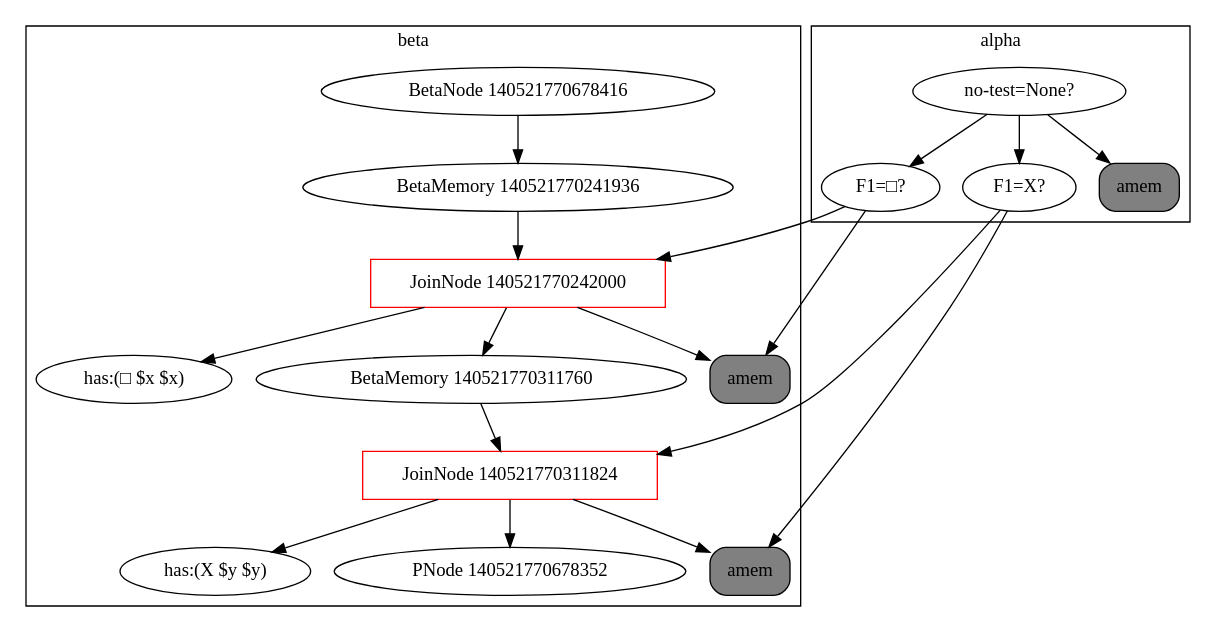
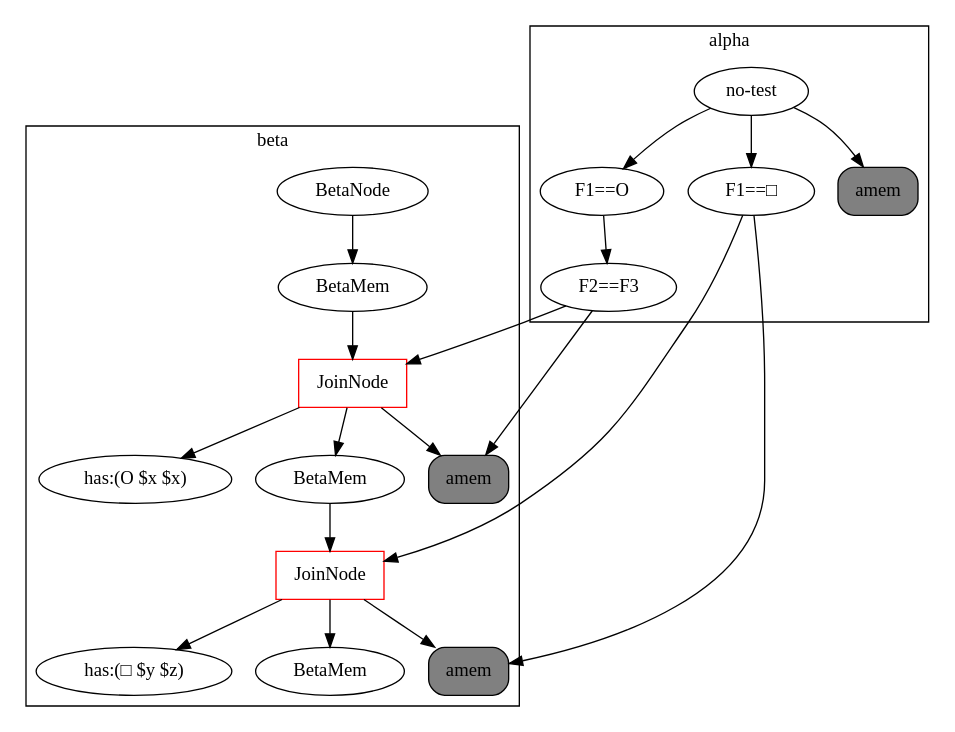
Before and after one commit to Cybernetic1/python: the diagram in genifer6/rete.dot, drawn with Graphviz. The commit also changed 14 other files, not shown here.

```diff
--- a/genifer6/rete.dot
+++ b/genifer6/rete.dot
@@ -1,29 +1,36 @@
 digraph {
-    subgraph cluster_1 {
-    label = beta
-    "BetaNode 140521770678416" -> "BetaMemory 140521770241936";
-    "BetaMemory 140521770241936" -> "JoinNode 140521770242000";
-    "JoinNode 140521770242000" -> "amem:<rete.alpha.AlphaMemory instance at 0x7fcdc632f290>"
-    "JoinNode 140521770242000" [shape=box, color=red];
-    "JoinNode 140521770242000" -> "has:(□ $x $x)"
-    "JoinNode 140521770242000" -> "BetaMemory 140521770311760";
-    "BetaMemory 140521770311760" -> "JoinNode 140521770311824";
-    "JoinNode 140521770311824" -> "amem:<rete.alpha.AlphaMemory instance at 0x7fcdc632f320>"
-    "JoinNode 140521770311824" [shape=box, color=red];
-    "JoinNode 140521770311824" -> "has:(X $y $y)"
-    "JoinNode 140521770311824" -> "PNode 140521770678352";
-    }
-    subgraph cluster_0 {
-    label = alpha
-    "no-test=None?" -> "F1=□?";
-    "F1=□?" -> "amem:<rete.alpha.AlphaMemory instance at 0x7fcdc632f290>";
-    "amem:<rete.alpha.AlphaMemory instance at 0x7fcdc632f290>" [shape=box, style="rounded,filled", label="amem", fillcolor=gray];
-    "no-test=None?" -> "F1=X?";
-    "F1=X?" -> "amem:<rete.alpha.AlphaMemory instance at 0x7fcdc632f320>";
-    "amem:<rete.alpha.AlphaMemory instance at 0x7fcdc632f320>" [shape=box, style="rounded,filled", label="amem", fillcolor=gray];
-    "no-test=None?" -> "amem:<rete.alpha.AlphaMemory instance at 0x7fcdc632f0e0>";
-    "amem:<rete.alpha.AlphaMemory instance at 0x7fcdc632f0e0>" [shape=box, style="rounded,filled", label="amem", fillcolor=gray];
-    }
-    "F1=□?" -> "JoinNode 140521770242000";
-    "F1=X?" -> "JoinNode 140521770311824";
+	subgraph cluster_1 {
+	label = beta
+	"BetaNode 140164080520104" [label="BetaNode"];
+	"BetaMemory 140164080634008" [label="BetaMem"];
+	"BetaNode 140164080520104" -> "BetaMemory 140164080634008";
+	"JoinNode 140164080634288" [label="BetaMem"];
+	"BetaMemory 140164080634008" -> "JoinNode 140164080634288";
+	"JoinNode 140164080634288" [shape=box, color=red, label="JoinNode"];
+	"JoinNode 140164080634288" -> "amem:<rete.alpha.AlphaMemory object at 0x7f7a7e3c8978>"
+	"JoinNode 140164080634288" -> "has:(O $x $x)"
+	"BetaMemory 140164080634344" [label="BetaMem"];
+	"JoinNode 140164080634288" -> "BetaMemory 140164080634344";
+	"JoinNode 140164080634512" [label="BetaMem"];
+	"BetaMemory 140164080634344" -> "JoinNode 140164080634512";
+	"JoinNode 140164080634512" [shape=box, color=red, label="JoinNode"];
+	"JoinNode 140164080634512" -> "amem:<rete.alpha.AlphaMemory object at 0x7f7a7e3c8a58>"
+	"JoinNode 140164080634512" -> "has:(□ $y $z)"
+	"PNode 140164080633952" [label="BetaMem"];
+	"JoinNode 140164080634512" -> "PNode 140164080633952";
+	}
+	subgraph cluster_0 {
+	label = alpha
+	"no-test" -> "F1==O";
+	"F1==O" -> "F2==F3";
+	"F2==F3" -> "amem:<rete.alpha.AlphaMemory object at 0x7f7a7e3c8978>";
+	"amem:<rete.alpha.AlphaMemory object at 0x7f7a7e3c8978>" [shape=box, style="rounded,filled", label="amem", fillcolor=gray];
+	"no-test" -> "F1==□";
+	"F1==□" -> "amem:<rete.alpha.AlphaMemory object at 0x7f7a7e3c8a58>";
+	"amem:<rete.alpha.AlphaMemory object at 0x7f7a7e3c8a58>" [shape=box, style="rounded,filled", label="amem", fillcolor=gray];
+	"no-test" -> "amem:<rete.alpha.AlphaMemory object at 0x7f7a7e3ac828>";
+	"amem:<rete.alpha.AlphaMemory object at 0x7f7a7e3ac828>" [shape=box, style="rounded,filled", label="amem", fillcolor=gray];
+	}
+	"F2==F3" -> "JoinNode 140164080634288";
+	"F1==□" -> "JoinNode 140164080634512";
 }
```
